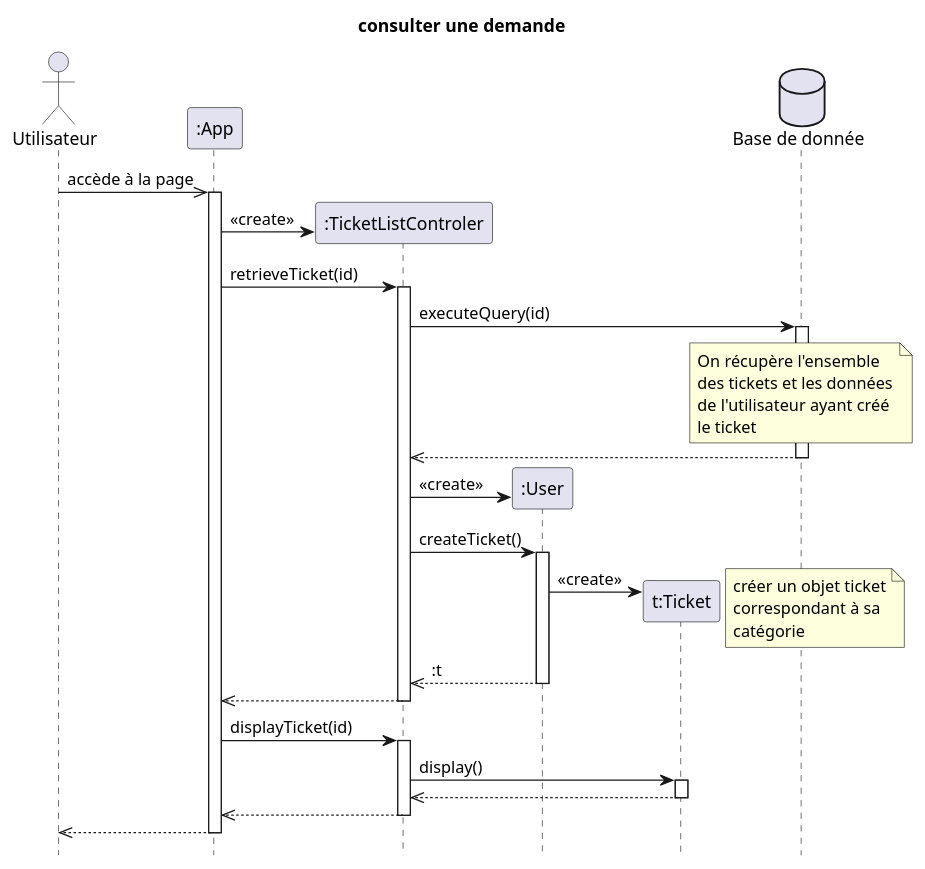
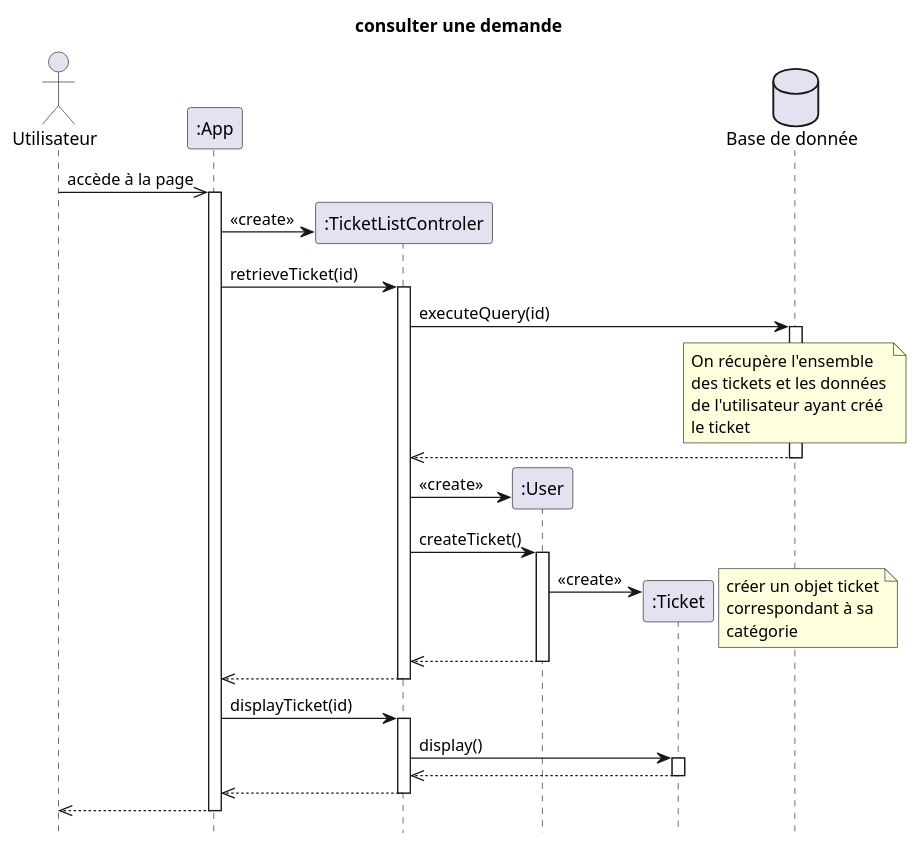
Before and after one commit to dorianleveque/CoHub: the diagram in docs/UML/diagrammes séquence/consulter une demande.puml, drawn with PlantUML. The commit also changed 4 other files, not shown here.

Commit message:
update sequence

```diff
--- a/docs/UML/diagrammes séquence/consulter une demande.puml
+++ b/docs/UML/diagrammes séquence/consulter une demande.puml
@@ -1,51 +1,51 @@
 @startuml consulter une demande
 title consulter une demande
 hide footbox
 
 actor client as "Utilisateur" order 1 
 participant app as ":App" order 2 
 database bdd as "Base de donnée"  order 6
 
 client ->> app :accède à la page
 activate app
 create tlc as ":TicketListControler" order 3
 app -> tlc : <<create>>
 
 app -> tlc : retrieveTicket(id) 
 activate tlc
 tlc -> bdd : executeQuery(id)
 note over bdd: On récupère l'ensemble\ndes tickets et les données\nde l'utilisateur ayant créé \nle ticket
 activate bdd
 tlc <<-- bdd
 deactivate bdd
 
 create user as ":User" order 4
 tlc -> user : <<create>>
 tlc -> user : createTicket()
 activate user   
 
-create ticket as "t:Ticket" order 5
+create ticket as ":Ticket" order 5
 user -> ticket : <<create>>
 note right: créer un objet ticket\ncorrespondant à sa \ncatégorie 
-tlc <<-- user: :t
+tlc <<-- user:
 deactivate user
 
 app <<-- tlc
 deactivate tlc
 
 app -> tlc : displayTicket(id)
 activate tlc
 
 tlc -> ticket : display()
 activate ticket
 
 tlc <<-- ticket: 
 deactivate ticket
 
 app <<-- tlc
 deactivate tlc
 client <<-- app
 deactivate app
 
 
 @enduml
```
